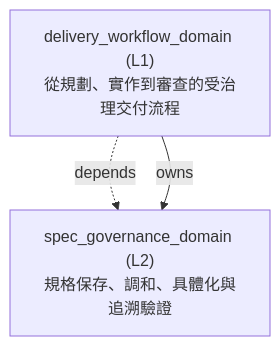
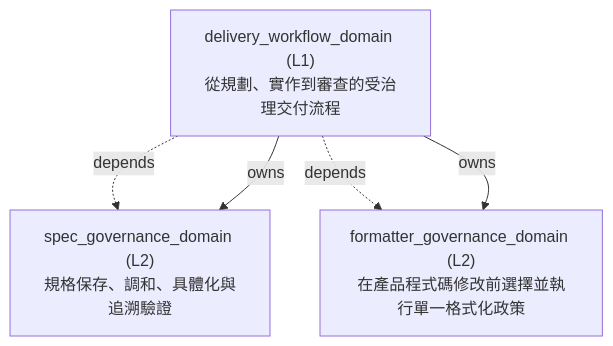
The first of 2 diagrams in architecture/generated/delivery_workflow_domain.md (ShinWeiPeng/skills), drawn with Mermaid before and after one commit. The commit also changed other lines of this file and 27 other files, not shown here.

Commit message:
feat: add formatter governance

````diff
--- a/architecture/generated/delivery_workflow_domain.md
+++ b/architecture/generated/delivery_workflow_domain.md
@@ -7,7 +7,10 @@
 ```mermaid
 flowchart TD
     n_delivery_workflow_domain["delivery_workflow_domain (L1)<br/>從規劃、實作到審查的受治理交付流程"]
     n_spec_governance_domain["spec_governance_domain (L2)<br/>規格保存、調和、具體化與追溯驗證"]
+    n_formatter_governance_domain["formatter_governance_domain (L2)<br/>在產品程式碼修改前選擇並執行單一格式化政策"]
     n_delivery_workflow_domain -.->|depends| n_spec_governance_domain
+    n_delivery_workflow_domain -.->|depends| n_formatter_governance_domain
     n_delivery_workflow_domain -->|owns| n_spec_governance_domain
+    n_delivery_workflow_domain -->|owns| n_formatter_governance_domain
 ```
````
